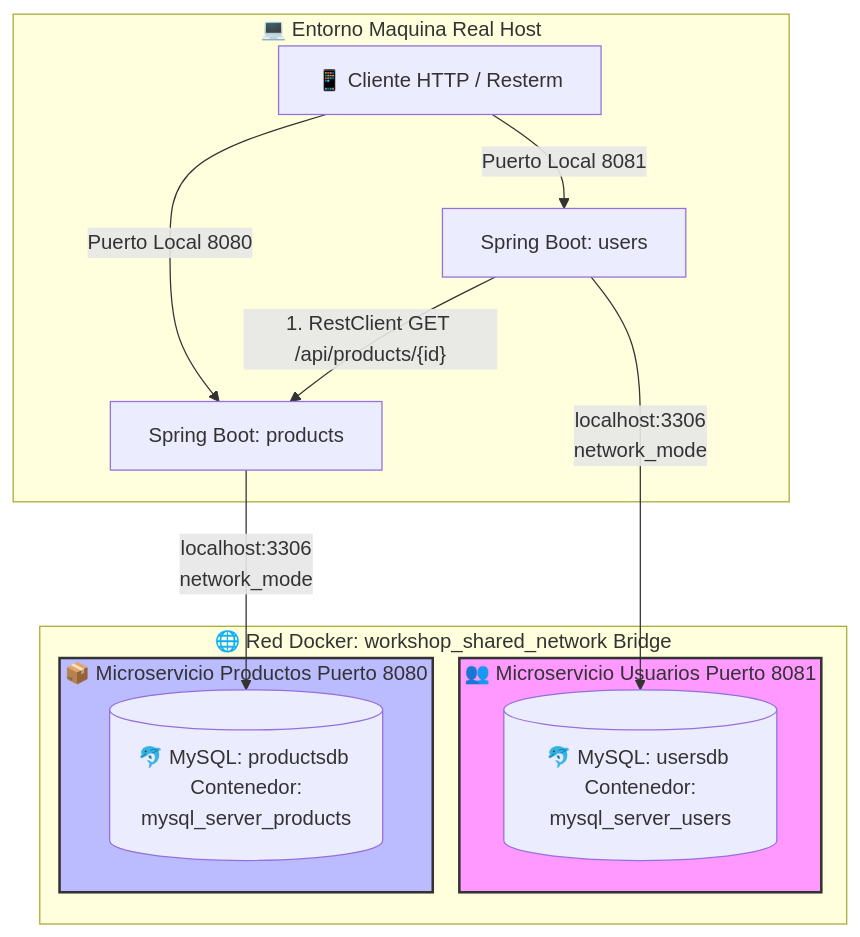
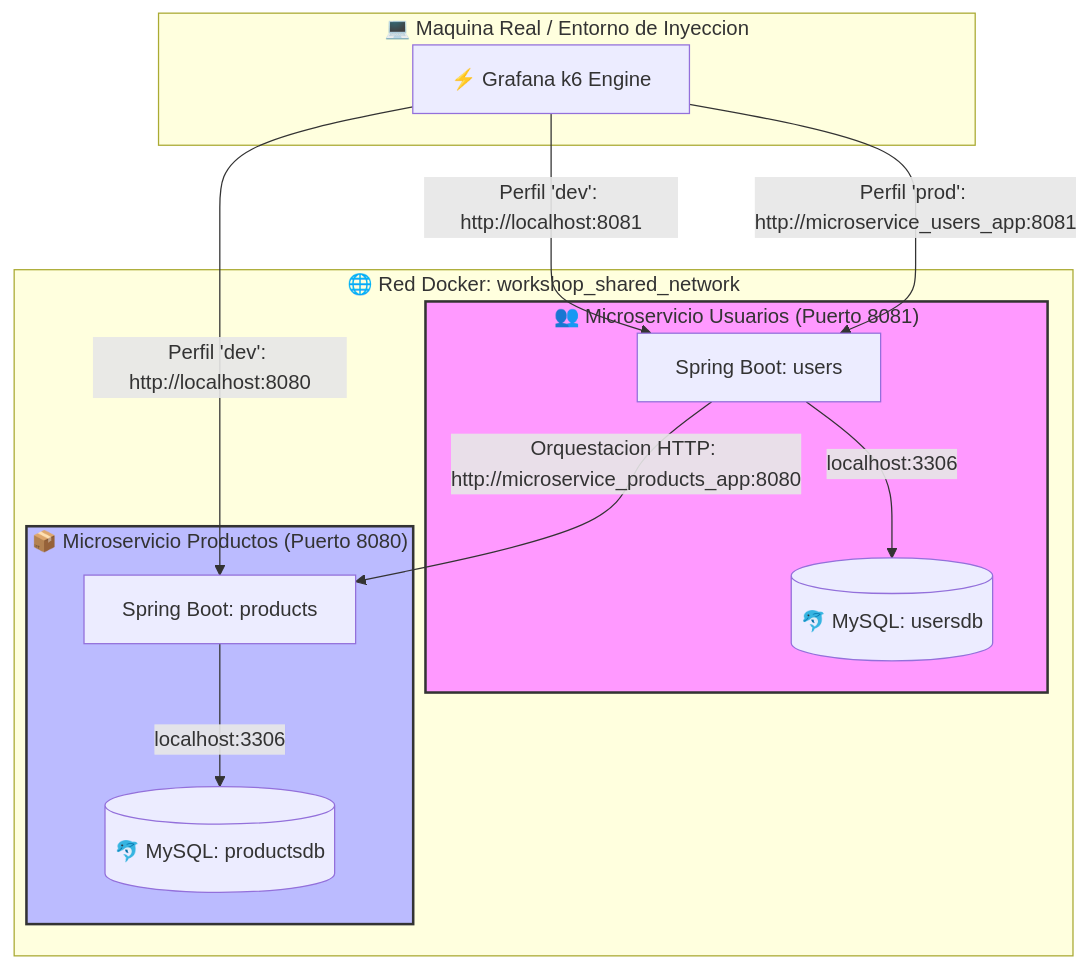
The first of 5 diagrams in README.md (wortiz1027/workshop), drawn with Mermaid before and after one commit. The commit also changed other lines of this file, not shown here.

Commit message:
doc: actualiza documentacion de performance con pruebas de users

````diff
--- a/README.md
+++ b/README.md
@@ -11,28 +11,30 @@
 ```mermaid
 graph TD
-    subgraph Host ["💻 Entorno Maquina Real Host"]
-        UI[📱 Cliente HTTP / Resterm] -->|"Puerto Local 8080"| AppProducts
-        UI -->|"Puerto Local 8081"| AppUsers
+    subgraph Host ["💻 Maquina Real / Entorno de Inyeccion"]
+        K6[⚡ Grafana k6 Engine]
     end
 
-    subgraph DockerBridge ["🌐 Red Docker: workshop_shared_network Bridge"]
-        subgraph SubUsers ["👥 Microservicio Usuarios Puerto 8081"]
+    subgraph DockerBridge ["🌐 Red Docker: workshop_shared_network"]
+        subgraph SubUsers ["👥 Microservicio Usuarios (Puerto 8081)"]
             AppUsers[Spring Boot: users]
-            DBUsers[(🐬 MySQL: usersdb <br> Contenedor: mysql_server_users)]
-            AppUsers -->|localhost:3306 <br> network_mode| DBUsers
+            DBUsers[(🐬 MySQL: usersdb)]
+            AppUsers -->|localhost:3306| DBUsers
         end
 
-        subgraph SubProducts ["📦 Microservicio Productos Puerto 8080"]
+        subgraph SubProducts ["📦 Microservicio Productos (Puerto 8080)"]
             AppProducts[Spring Boot: products]
-            DBProducts[(🐬 MySQL: productsdb <br> Contenedor: mysql_server_products)]
-            AppProducts -->|localhost:3306 <br> network_mode| DBProducts
+            DBProducts[(🐬 MySQL: productsdb)]
+            AppProducts -->|localhost:3306| DBProducts
         end
     end
 
-    %% Comunicación Distribuida - Envolver el texto de la flecha en comillas dobles para evitar conflictos con las llaves {}
-    AppUsers -->|"1. RestClient GET /api/products/{id}"| AppProducts
+    %% Flujos de Red Dinámicos según el Entornos de k6
+    K6 -->|"Perfil 'dev': http://localhost:8081"| AppUsers
+    K6 -->|"Perfil 'dev': http://localhost:8080"| AppProducts
 
-    %% Aplicar estilos utilizando exclusivamente los IDs técnicos planos (sin comillas ni espacios)
+    K6 -->|"Perfil 'prod': http://microservice_users_app:8081"| AppUsers
+    AppUsers -->|"Orquestacion HTTP: http://microservice_products_app:8080"| AppProducts
+
     style SubUsers fill:#f9f,stroke:#333,stroke-width:2px
     style SubProducts fill:#bbf,stroke:#333,stroke-width:2px
 ```
````
